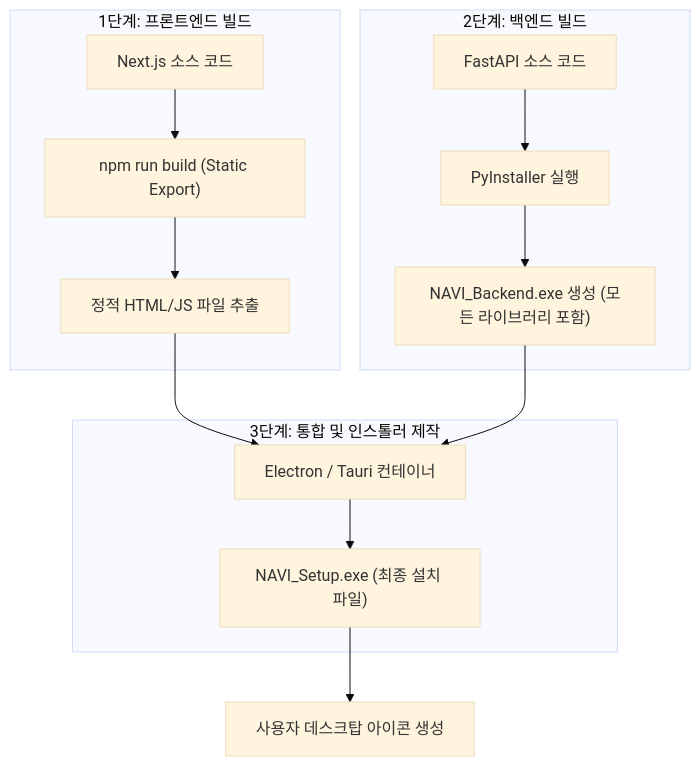
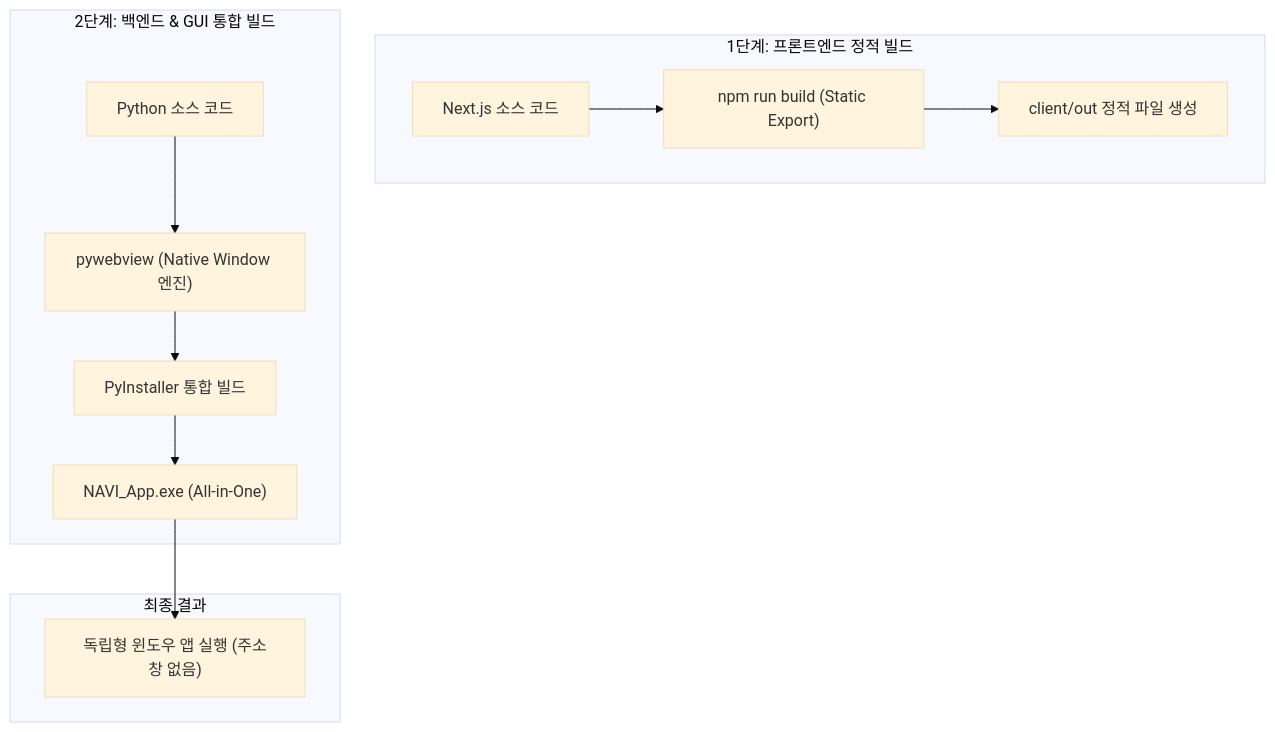
The diagram in docs/packaging_guide.md (hjn5018/navi-jy), drawn with Mermaid (base theme) before and after one commit. The commit also changed other lines of this file and 4 other files, not shown here.

Commit message:
Finalize NAVI as a Native Windows Application with pywebview and noconsole packaging

````diff
--- a/docs/packaging_guide.md
+++ b/docs/packaging_guide.md
@@ -7,20 +7,17 @@
 ```mermaid
 graph TD
-    subgraph "1단계: 프론트엔드 빌드"
+    subgraph "1단계: 프론트엔드 정적 빌드"
     A[Next.js 소스 코드] --> B["npm run build (Static Export)"]
-    B --> C[정적 HTML/JS 파일 추출]
+    B --> C[client/out 정적 파일 생성]
     end
 
-    subgraph "2단계: 백엔드 빌드"
-    D[FastAPI 소스 코드] --> E["PyInstaller 실행"]
-    E --> F["NAVI_Backend.exe 생성 (모든 라이브러리 포함)"]
+    subgraph "2단계: 백엔드 & GUI 통합 빌드"
+    D[Python 소스 코드] --> E["pywebview (Native Window 엔진)"]
+    E --> F["PyInstaller 통합 빌드"]
+    F --> G["NAVI_App.exe (All-in-One)"]
     end
 
-    subgraph "3단계: 통합 및 인스톨러 제작"
-    C --> G["Electron / Tauri 컨테이너"]
-    F --> G
-    G --> H["NAVI_Setup.exe (최종 설치 파일)"]
+    subgraph "최종 결과"
+    G --> H["독립형 윈도우 앱 실행 (주소창 없음)"]
     end
-
-    H --> I[사용자 데스크탑 아이콘 생성]
 ```
````
